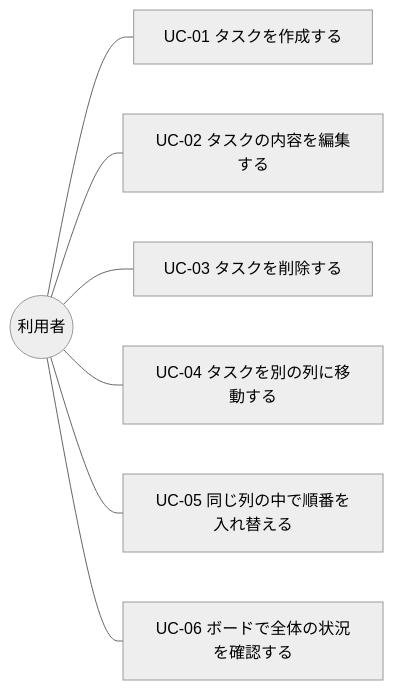
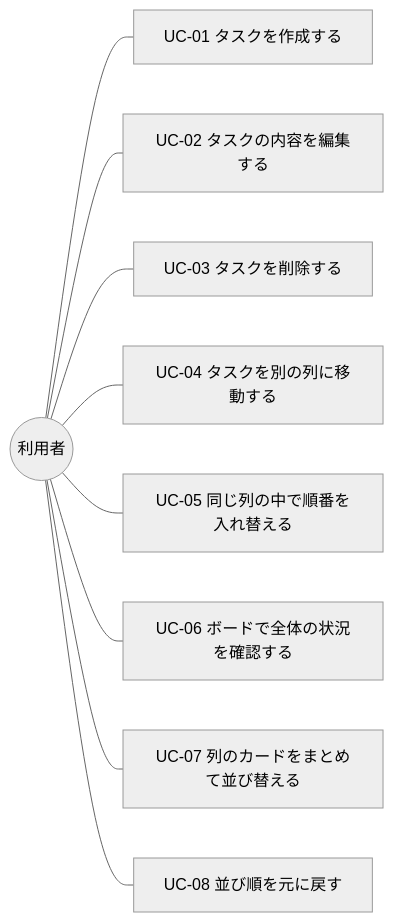
Before and after one commit to itsuiko/TaskManagement: the diagram in docs/functional-requirements.md, drawn with Mermaid (neutral theme). The commit also changed other lines of this file and 4 other files, not shown here.

````diff
--- a/docs/functional-requirements.md
+++ b/docs/functional-requirements.md
@@ -79,17 +110,21 @@
 ```mermaid
 flowchart LR
     User(("利用者"))
     UC1["UC-01 タスクを作成する"]
     UC2["UC-02 タスクの内容を編集する"]
     UC3["UC-03 タスクを削除する"]
     UC4["UC-04 タスクを別の列に移動する"]
     UC5["UC-05 同じ列の中で順番を入れ替える"]
     UC6["UC-06 ボードで全体の状況を確認する"]
+    UC7["UC-07 列のカードをまとめて並び替える"]
+    UC8["UC-08 並び順を元に戻す"]
 
     User --- UC1
     User --- UC2
     User --- UC3
     User --- UC4
     User --- UC5
     User --- UC6
+    User --- UC7
+    User --- UC8
 ```
````
